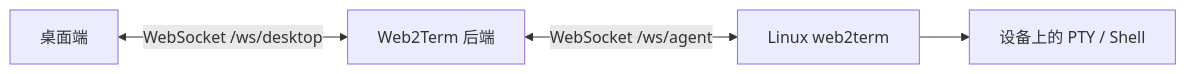
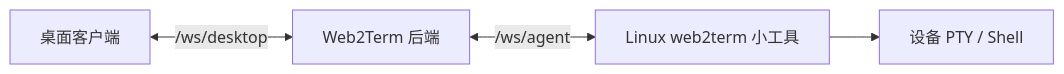
Before and after one commit to naledao/Web2Term: the second of 2 diagrams in README.md, drawn with Mermaid. The commit also changed other lines of this file and 7 other files, not shown here.

Commit message:
docs: refresh Web2Term README and website branding

````diff
--- a/README.md
+++ b/README.md
@@ -68,6 +147,6 @@
 ```mermaid
 flowchart LR
-  D[桌面端] <-->|WebSocket /ws/desktop| B[Web2Term 后端]
-  B <-->|WebSocket /ws/agent| A[Linux web2term]
-  A --> T[设备上的 PTY / Shell]
+  D[桌面客户端] <-->|/ws/desktop| B[Web2Term 后端]
+  B <-->|/ws/agent| A[Linux web2term 小工具]
+  A --> T[设备 PTY / Shell]
 ```
````
